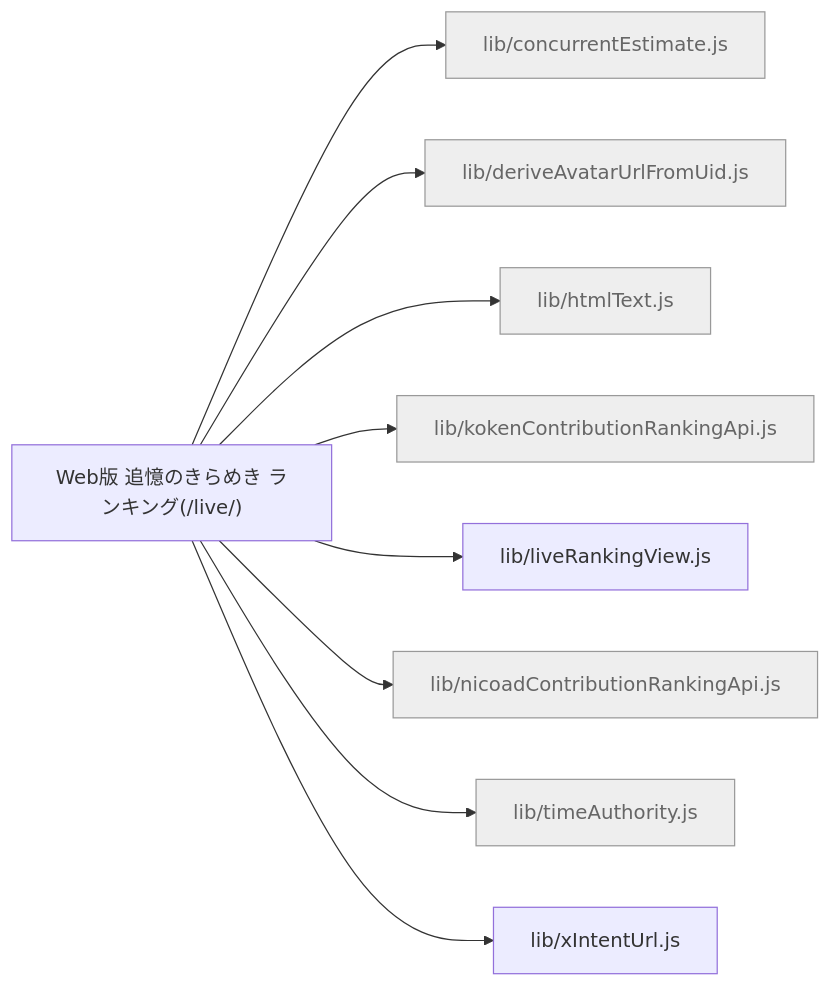
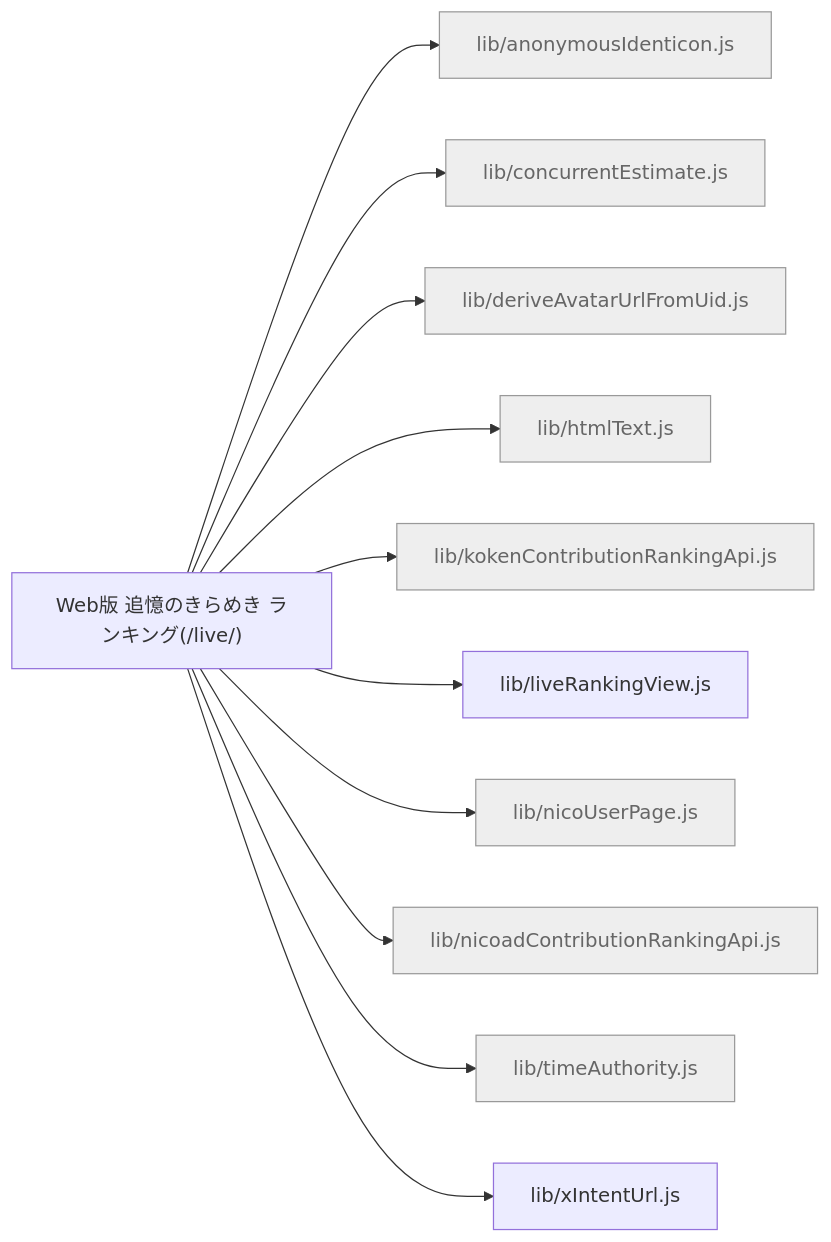
One commit to kimito-link/tsuioku-no-kirameki.com changed the diagram in docs/feature-map/live-ranking.md. Above: the diagram before and after it, drawn with Mermaid. The commit also changed 32 other files, not shown here.

````diff
--- a/docs/feature-map/live-ranking.md
+++ b/docs/feature-map/live-ranking.md
@@ -13,13 +13,15 @@
 ```mermaid
 graph LR
   n_live_ranking["Web版 追憶のきらめき ランキング(/live/)"]
+  n_live_ranking --> n_src_lib_anonymousIdenticon_js["lib/anonymousIdenticon.js"]:::shared
   n_live_ranking --> n_src_lib_concurrentEstimate_js["lib/concurrentEstimate.js"]:::shared
   n_live_ranking --> n_src_lib_deriveAvatarUrlFromUid_js["lib/deriveAvatarUrlFromUid.js"]:::shared
   n_live_ranking --> n_src_lib_htmlText_js["lib/htmlText.js"]:::shared
   n_live_ranking --> n_src_lib_kokenContributionRankingApi_js["lib/kokenContributionRankingApi.js"]:::shared
   n_live_ranking --> n_src_lib_liveRankingView_js["lib/liveRankingView.js"]
+  n_live_ranking --> n_src_lib_nicoUserPage_js["lib/nicoUserPage.js"]:::shared
   n_live_ranking --> n_src_lib_nicoadContributionRankingApi_js["lib/nicoadContributionRankingApi.js"]:::shared
   n_live_ranking --> n_src_lib_timeAuthority_js["lib/timeAuthority.js"]:::shared
   n_live_ranking --> n_src_lib_xIntentUrl_js["lib/xIntentUrl.js"]
   classDef shared fill:#eee,stroke:#999,color:#666;
 ```
````
